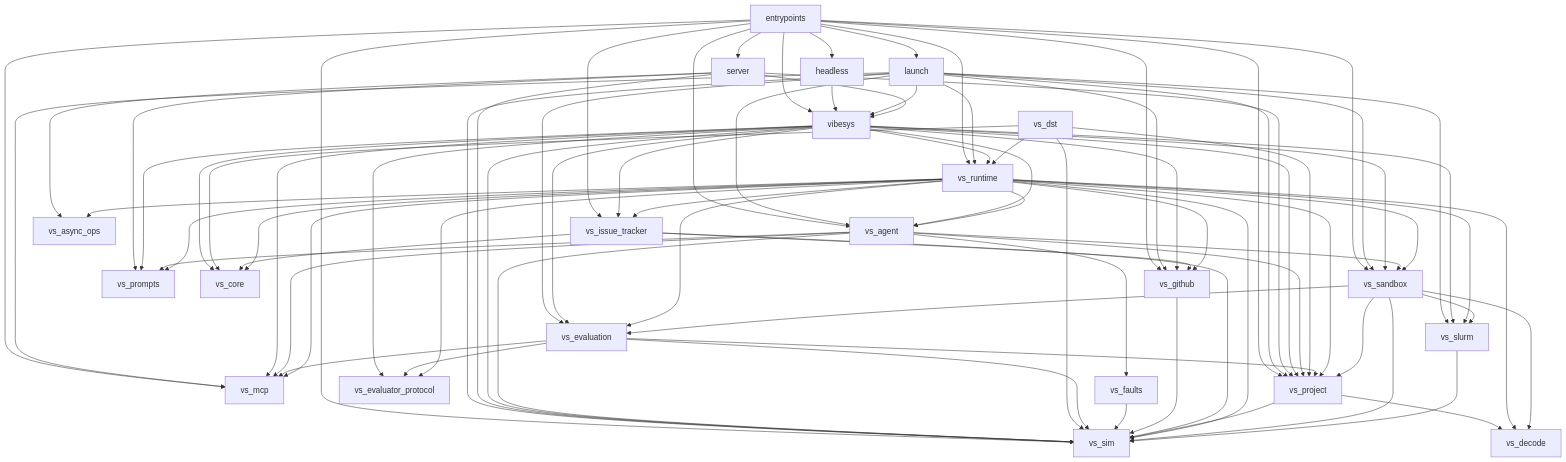
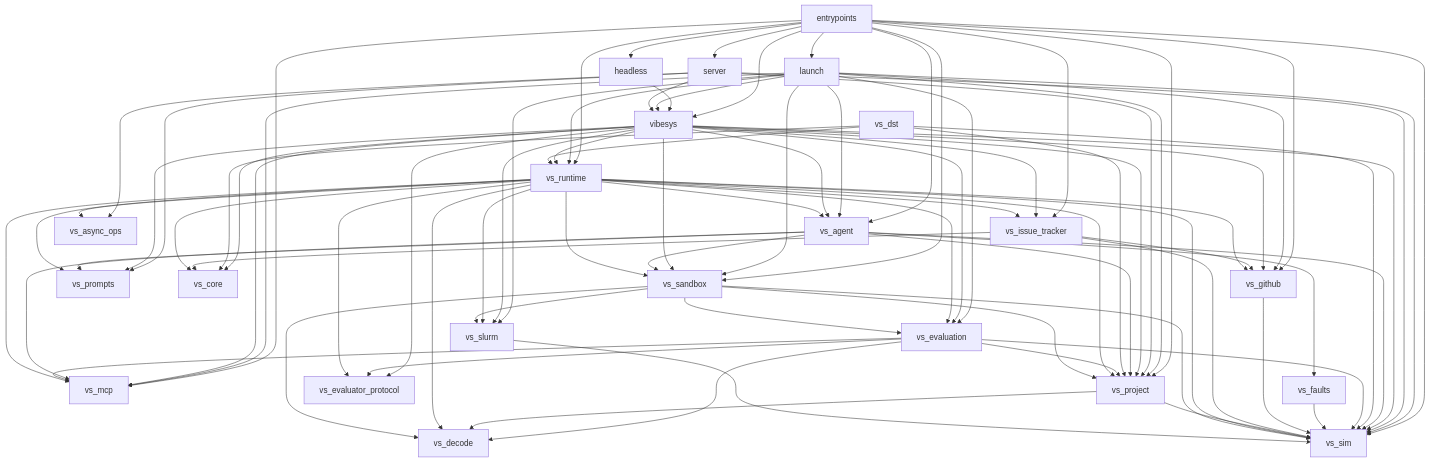
The diagram in docs/contributing/architecture.md (uw-syfi/vibesys), drawn with Mermaid before and after one commit. The commit also changed 6 other files, not shown here.

Commit message:
fix(vs-evaluation): read store records and service replies through vs_decode

```diff
--- a/docs/contributing/architecture.md
+++ b/docs/contributing/architecture.md
@@ -178,6 +178,7 @@
     vs_dst --> vs_project
     vs_dst --> vs_runtime
     vs_dst --> vs_sim
+    vs_evaluation --> vs_decode
     vs_evaluation --> vs_evaluator_protocol
     vs_evaluation --> vs_mcp
     vs_evaluation --> vs_project
```
